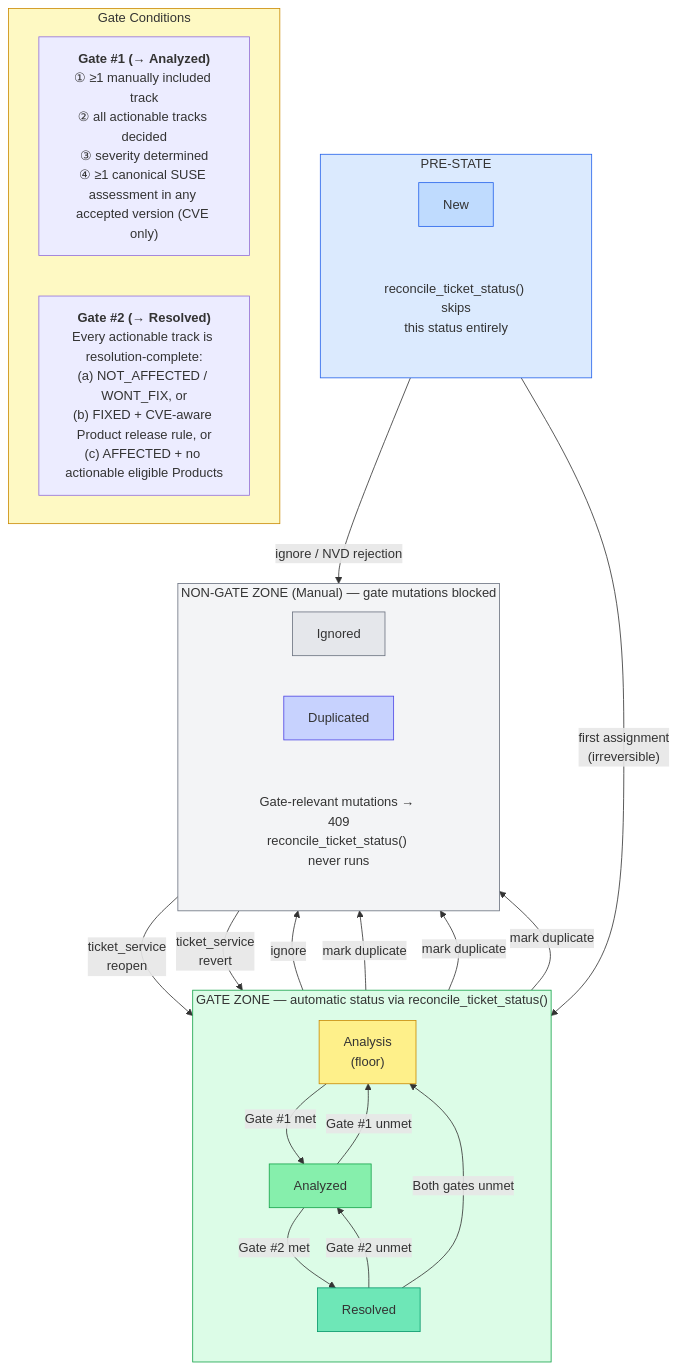
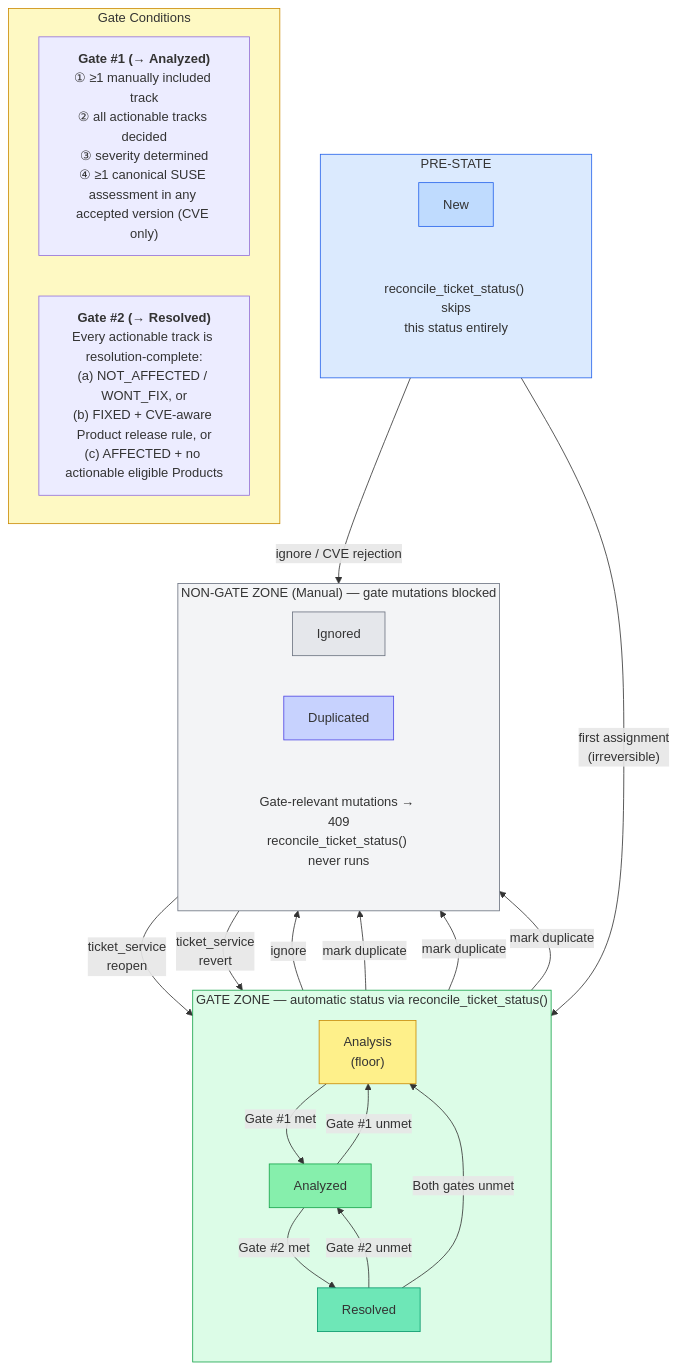
Before and after one commit to StayPirate/sentinel: the sixth of 7 diagrams in docs/system-map.md, drawn with Mermaid. The commit also changed other lines of this file and 8 other files, not shown here.

````diff
--- a/docs/system-map.md
+++ b/docs/system-map.md
@@ -676,64 +676,64 @@
 ```mermaid
 flowchart TD
     subgraph pre["PRE-STATE"]
         direction LR
         NEW["New"]
         NOTE_PRE["reconcile_ticket_status() skips<br/>this status entirely"]
     end
 
     subgraph gate["GATE ZONE — automatic status via reconcile_ticket_status()"]
         direction TB
         ANALYSIS["Analysis<br/>(floor)"]
         ANALYZED["Analyzed"]
         RESOLVED["Resolved"]
 
         ANALYSIS -->|"Gate #1 met"| ANALYZED
         ANALYZED -->|"Gate #1 unmet"| ANALYSIS
         ANALYZED -->|"Gate #2 met"| RESOLVED
         RESOLVED -->|"Gate #2 unmet"| ANALYZED
         RESOLVED -->|"Both gates unmet"| ANALYSIS
     end
 
     subgraph manual["NON-GATE ZONE (Manual) — gate mutations blocked"]
         direction LR
         IGNORED["Ignored"]
         DUPLICATED["Duplicated"]
         NOTE_MANUAL["Gate-relevant mutations → 409<br/>reconcile_ticket_status() never runs"]
     end
 
     subgraph gates_ref["Gate Conditions"]
         direction LR
         G1["<b>Gate #1 (→ Analyzed)</b><br/>① ≥1 manually included track<br/>② all actionable tracks decided<br/>③ severity determined<br/>④ ≥1 canonical SUSE assessment in any accepted version (CVE only)"]
         G2["<b>Gate #2 (→ Resolved)</b><br/>Every actionable track is resolution-complete:<br/>(a) NOT_AFFECTED / WONT_FIX, or<br/>(b) FIXED + CVE-aware Product release rule, or<br/>(c) AFFECTED + no actionable eligible Products"]
     end
 
     %% Entry from pre-state to gate zone
     NEW -->|"first assignment<br/>(irreversible)"| ANALYSIS
 
     %% Exit to manual zone
-    NEW -->|"ignore / NVD rejection"| IGNORED
+    NEW -->|"ignore / CVE rejection"| IGNORED
     ANALYSIS -->|"ignore"| IGNORED
     ANALYSIS -->|"mark duplicate"| DUPLICATED
     ANALYZED -->|"mark duplicate"| DUPLICATED
     RESOLVED -->|"mark duplicate"| DUPLICATED
 
     %% Re-entry from manual zone to gate zone
     IGNORED -->|"ticket_service<br/>reopen"| ANALYSIS
     DUPLICATED -->|"ticket_service<br/>revert"| ANALYSIS
 
     %% Styling
     style pre fill:#dbeafe,stroke:#2563eb
     style gate fill:#dcfce7,stroke:#16a34a
     style manual fill:#f3f4f6,stroke:#6b7280
     style gates_ref fill:#fef9c3,stroke:#ca8a04
 
     style NEW fill:#bfdbfe,stroke:#2563eb
     style ANALYSIS fill:#fef08a,stroke:#ca8a04
     style ANALYZED fill:#86efac,stroke:#16a34a
     style RESOLVED fill:#6ee7b7,stroke:#059669
     style IGNORED fill:#e5e7eb,stroke:#6b7280
     style DUPLICATED fill:#c7d2fe,stroke:#4f46e5
 
     style NOTE_PRE fill:none,stroke:none
     style NOTE_MANUAL fill:none,stroke:none
 ```
````
